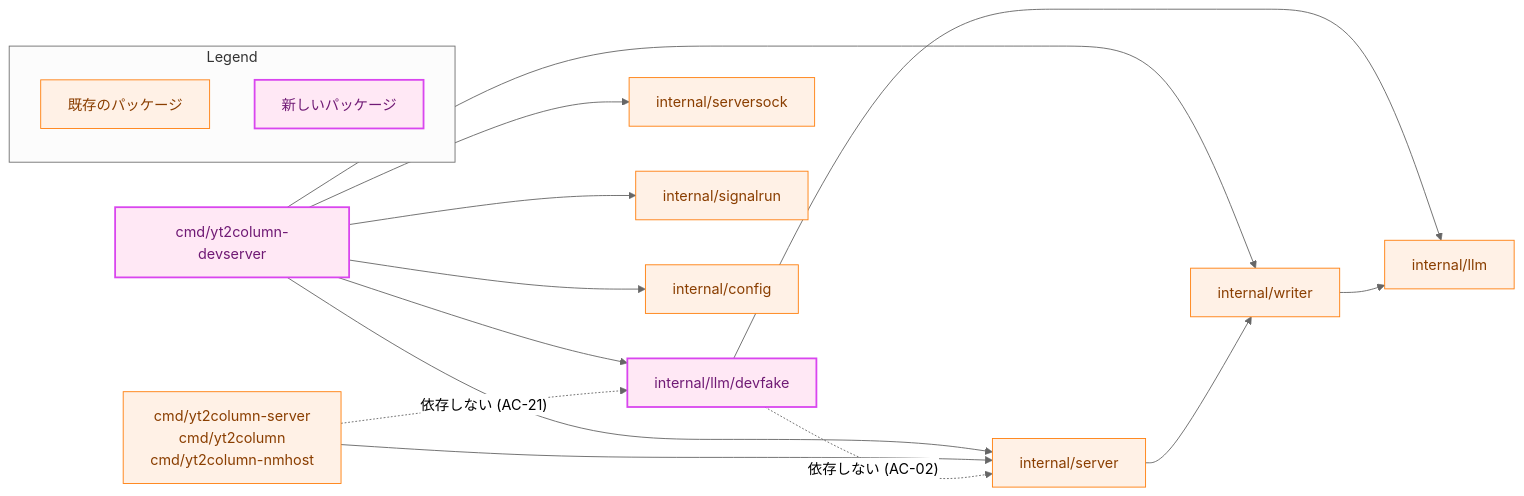
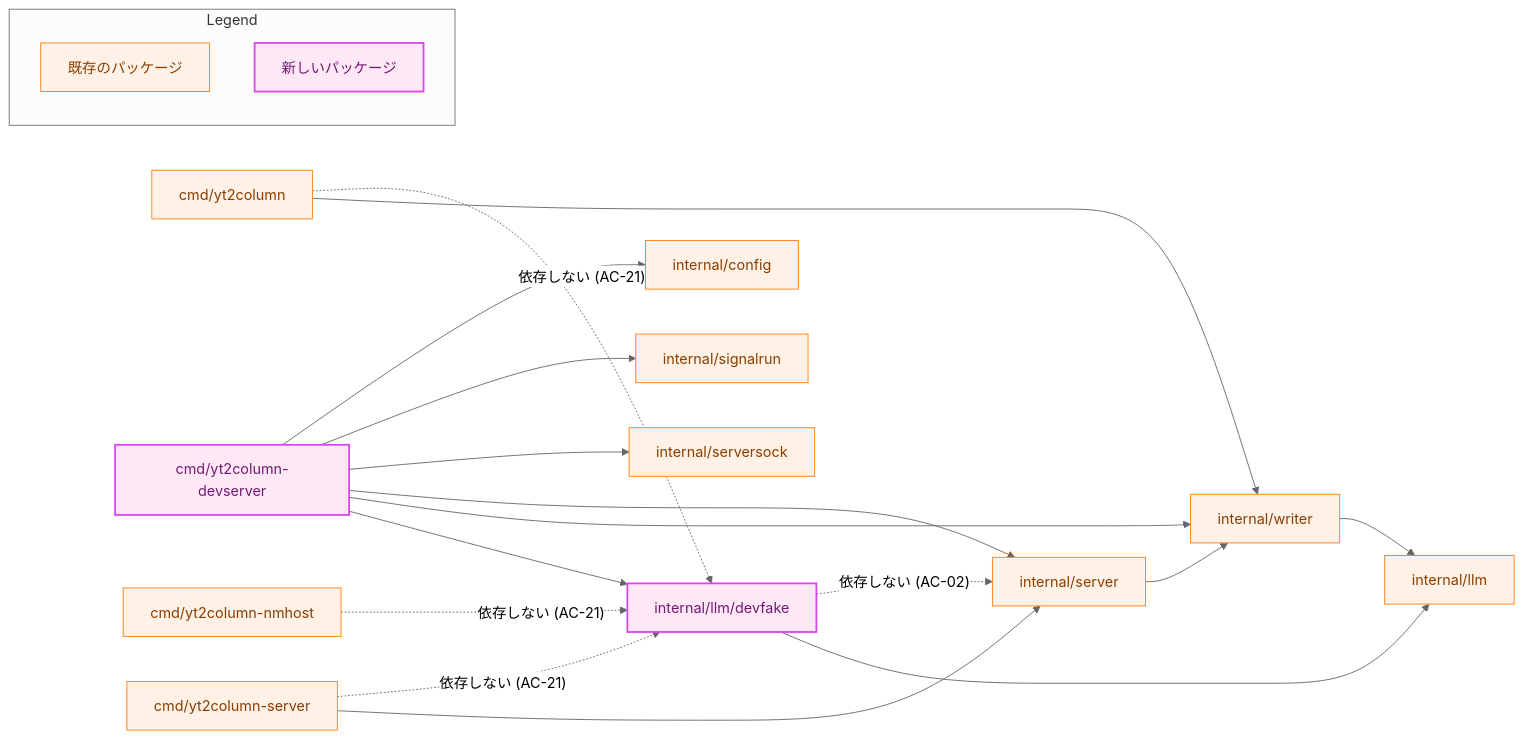
Before and after one commit to isseis/yt2column: the second of 6 diagrams in docs/tasks/0086_dev_fake_llm_server/02_architecture.md, drawn with Mermaid (neutral theme). The commit also changed other lines of this file and 1 other file, not shown here.

First line of the commit message:
docs(0086): address the architecture review and the Japanese prose pass

````diff
--- a/docs/tasks/0086_dev_fake_llm_server/02_architecture.md
+++ b/docs/tasks/0086_dev_fake_llm_server/02_architecture.md
@@ -108,41 +117,43 @@
 ```mermaid
 flowchart LR
     classDef process fill:#fff1e6,stroke:#ff7f0e,stroke-width:1px,color:#8a3e00;
-    classDef enhanced fill:#e8f5e8,stroke:#2e8b57,stroke-width:2px,color:#006400;
     classDef newpkg fill:#ffe8f5,stroke:#d946ef,stroke-width:2px,color:#701a75;
-    classDef problem fill:#ffe6e6,stroke:#d62728,stroke-width:2px,color:#7b0000;
 
     DEV["cmd/yt2column-devserver"]
     FAKE["internal/llm/devfake"]
     LLM["internal/llm"]
     WRITER["internal/writer"]
     SERVER["internal/server"]
     SOCK["internal/serversock"]
     SIG["internal/signalrun"]
     CONFIG["internal/config"]
-    PROD["cmd/yt2column-server<br>cmd/yt2column<br>cmd/yt2column-nmhost"]
+    PSERVER["cmd/yt2column-server"]
+    PCLI["cmd/yt2column"]
+    PHOST["cmd/yt2column-nmhost"]
 
     DEV --> FAKE
     DEV --> WRITER
     DEV --> SERVER
     DEV --> SOCK
     DEV --> SIG
     DEV --> CONFIG
     FAKE --> LLM
     WRITER --> LLM
     SERVER --> WRITER
-    PROD --> SERVER
-    PROD -.->|"依存しない (AC-21)"| FAKE
+    PSERVER --> SERVER
+    PCLI --> WRITER
+    PSERVER -.->|"依存しない (AC-21)"| FAKE
+    PCLI -.->|"依存しない (AC-21)"| FAKE
+    PHOST -.->|"依存しない (AC-21)"| FAKE
     FAKE -.->|"依存しない (AC-02)"| SERVER
 
     class DEV,FAKE newpkg
-    class LLM,WRITER,SERVER,SOCK,SIG,CONFIG process
-    class PROD process
+    class LLM,WRITER,SERVER,SOCK,SIG,CONFIG,PSERVER,PCLI,PHOST process
 
     subgraph Legend["Legend"]
         L1["既存のパッケージ"]
         L2["新しいパッケージ"]
     end
     class L1 process
     class L2 newpkg
 ```
````
